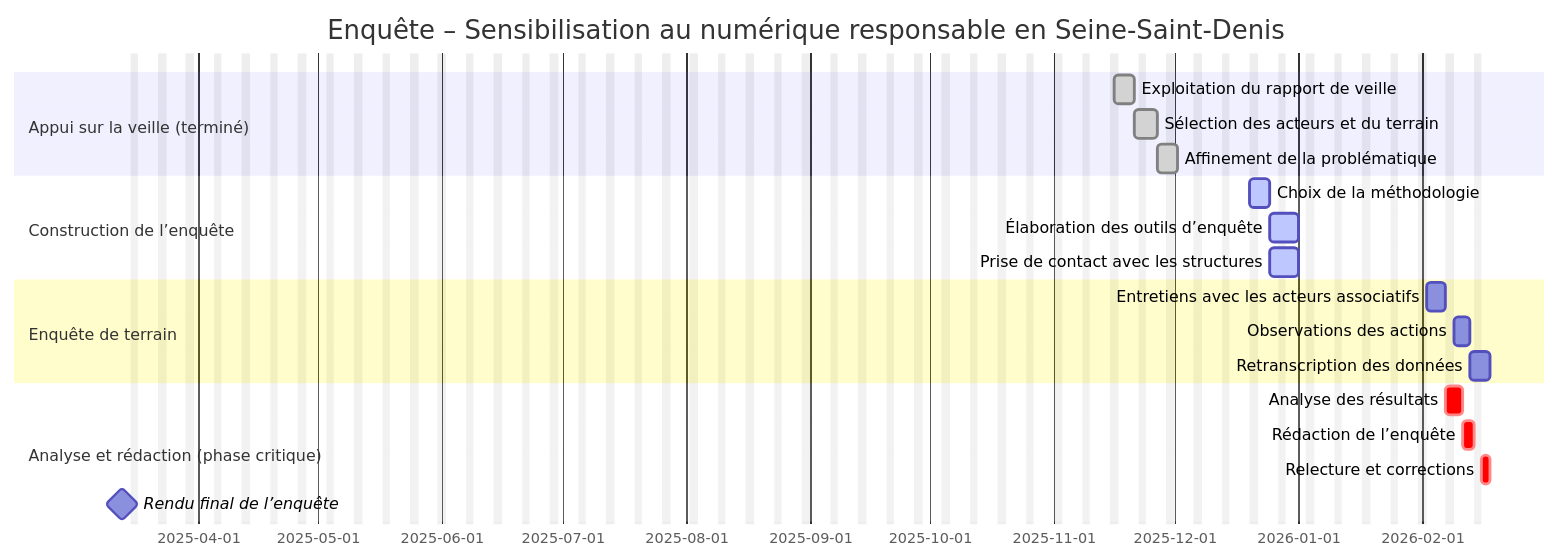
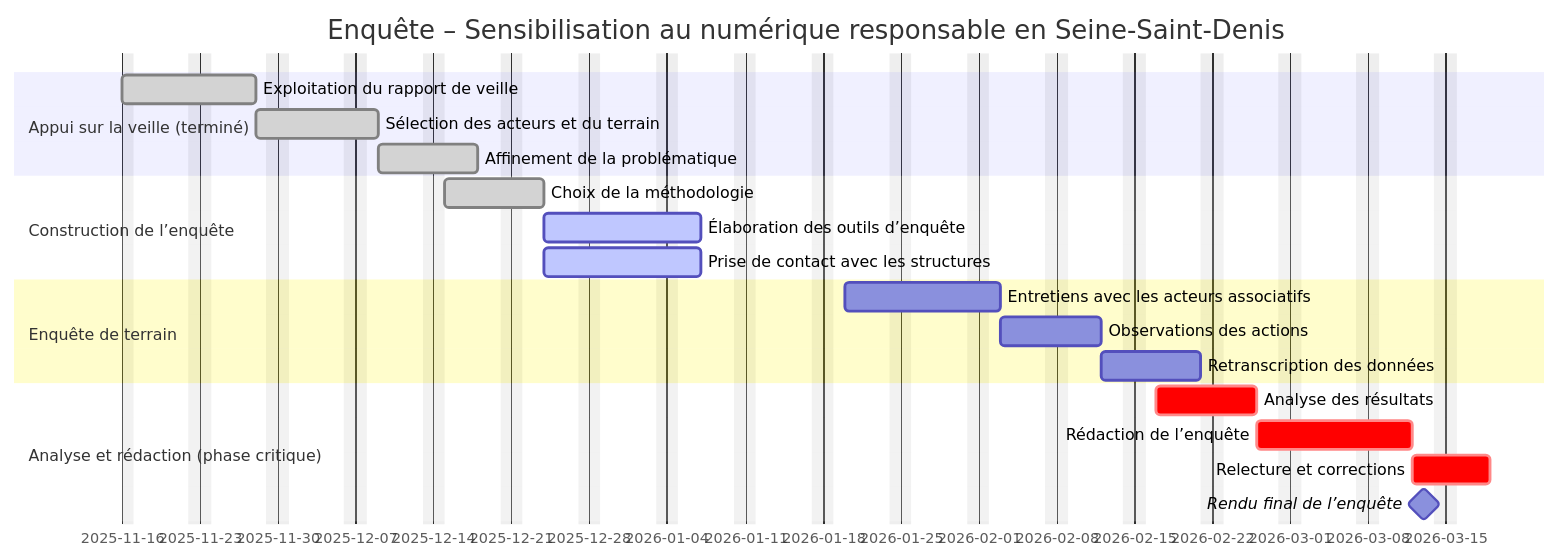
Before and after one commit to marcneysie-lang/Numerique-et-ecologie-urbaine-: the diagram in etatAvancement.md, drawn with Mermaid.

````diff
--- a/etatAvancement.md
+++ b/etatAvancement.md
@@ -1,28 +1,27 @@
 ```mermaid
 gantt
-    dateFormat  YYYY-MM-DD
     title       Enquête – Sensibilisation au numérique responsable en Seine-Saint-Denis
     excludes    weekends
 
     section Appui sur la veille (terminé)
-    Exploitation du rapport de veille          :done,    t1, 2025-11-16,5d
-    Sélection des acteurs et du terrain        :done,    t2, after t1, 4d
-    Affinement de la problématique             :done,    t3, after t2, 3d
+    Exploitation du rapport de veille          :done,    t1, 2025-11-16, 10d
+    Sélection des acteurs et du terrain        :done,    t2, after t1, 7d
+    Affinement de la problématique             :done,    t3, after t2, 7d
 
     section Construction de l’enquête
-    Choix de la méthodologie                   :active,  t4, 2025-12-20, 4d
-    Élaboration des outils d’enquête           :active,  t5, after t4, 5d
-    Prise de contact avec les structures       :active,  t6, after t4, 5d
+    Choix de la méthodologie                   :done,    t4, 2025-12-15, 7d
+    Élaboration des outils d’enquête           :active,  t5, after t4, 10d
+    Prise de contact avec les structures       :active,  t6, after t4, 10d
 
     section Enquête de terrain
-    Entretiens avec les acteurs associatifs    :         t7, 2026-02-02, 5d
-    Observations des actions                   :         t8, after t7, 4d
-    Retranscription des données                :         t9, after t8, 3d
+    Entretiens avec les acteurs associatifs    :         t7, 2026-01-20, 10d
+    Observations des actions                   :         t8, after t7, 7d
+    Retranscription des données                :         t9, after t8, 7d
 
     section Analyse et rédaction (phase critique)
-    Analyse des résultats                      :crit,    t10, 2026-02-07, 3d
-    Rédaction de l’enquête                     :crit,    t11, after t10, 3d
-    Relecture et corrections                   :crit,    t12, after t11, 2d
-    Rendu final de l’enquête                   :milestone, rendu, 2025-03-13, 0d
+    Analyse des résultats                      :crit,    t10, 2026-02-17, 7d
+    Rédaction de l’enquête                     :crit,    t11, after t10, 10d
+    Relecture et corrections                   :crit,    t12, after t11, 5d
+    Rendu final de l’enquête                   :milestone, rendu, 2026-03-13, 0d
 
 ```
````
